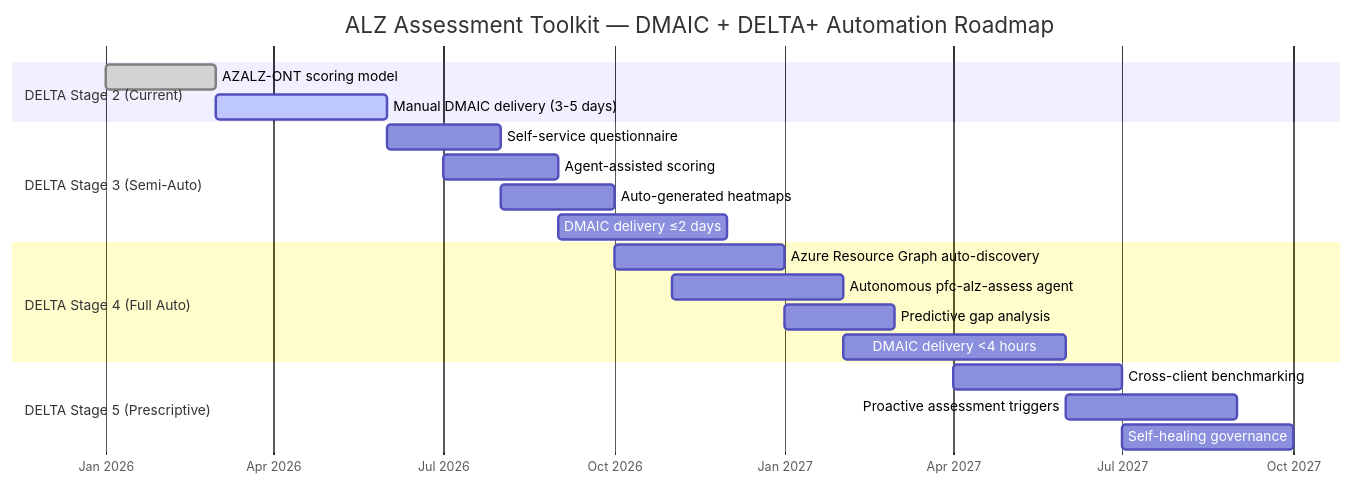
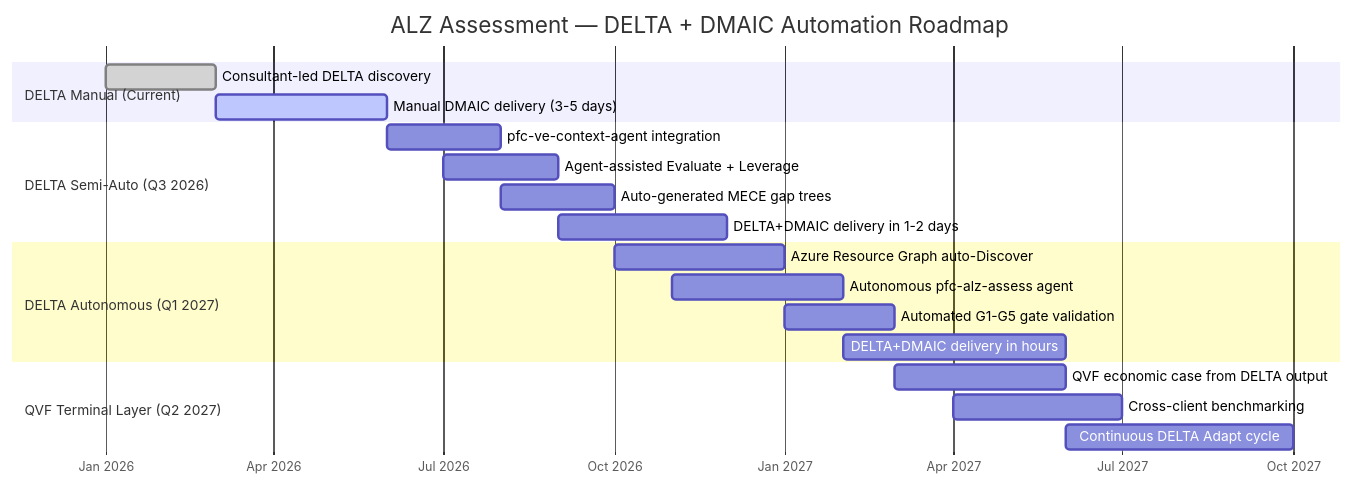
The fourth of 4 diagrams in PBS/DOCS/PFI-W4M-RCS-AZA-STRAT-BRIEF-Azure-Landing-Zone-Assessment-v1.0.0.md (ajrmooreuk/pfi-w4m-dev), drawn with Mermaid before and after one commit. The commit also changed other lines of this file, not shown here.

First line of the commit message:
Refactor §11 DELTA — replace Davenport analytics model with PE-ONT DELTA process

````diff
--- a/PBS/DOCS/PFI-W4M-RCS-AZA-STRAT-BRIEF-Azure-Landing-Zone-Assessment-v1.0.0.md
+++ b/PBS/DOCS/PFI-W4M-RCS-AZA-STRAT-BRIEF-Azure-Landing-Zone-Assessment-v1.0.0.md
@@ -576,27 +594,27 @@
 ```mermaid
 gantt
-    title ALZ Assessment Toolkit — DMAIC + DELTA+ Automation Roadmap
+    title ALZ Assessment — DELTA + DMAIC Automation Roadmap
     dateFormat YYYY-MM
     axisFormat %b %Y
 
-    section DELTA Stage 2 (Current)
-    AZALZ-ONT scoring model         :done, s2a, 2026-01, 2026-03
-    Manual DMAIC delivery (3-5 days) :active, s2b, 2026-03, 2026-06
+    section DELTA Manual (Current)
+    Consultant-led DELTA discovery     :done, d1, 2026-01, 2026-03
+    Manual DMAIC delivery (3-5 days)   :active, d2, 2026-03, 2026-06
 
-    section DELTA Stage 3 (Semi-Auto)
-    Self-service questionnaire       :s3a, 2026-06, 2026-08
-    Agent-assisted scoring           :s3b, 2026-07, 2026-09
-    Auto-generated heatmaps          :s3c, 2026-08, 2026-10
-    DMAIC delivery ≤2 days           :s3d, 2026-09, 2026-12
+    section DELTA Semi-Auto (Q3 2026)
+    pfc-ve-context-agent integration   :d3, 2026-06, 2026-08
+    Agent-assisted Evaluate + Leverage :d4, 2026-07, 2026-09
+    Auto-generated MECE gap trees      :d5, 2026-08, 2026-10
+    DELTA+DMAIC delivery in 1-2 days   :d6, 2026-09, 2026-12
 
-    section DELTA Stage 4 (Full Auto)
-    Azure Resource Graph auto-discovery :s4a, 2026-10, 2027-01
-    Autonomous pfc-alz-assess agent     :s4b, 2026-11, 2027-02
-    Predictive gap analysis             :s4c, 2027-01, 2027-03
-    DMAIC delivery <4 hours             :s4d, 2027-02, 2027-06
+    section DELTA Autonomous (Q1 2027)
+    Azure Resource Graph auto-Discover :d7, 2026-10, 2027-01
+    Autonomous pfc-alz-assess agent    :d8, 2026-11, 2027-02
+    Automated G1-G5 gate validation    :d9, 2027-01, 2027-03
+    DELTA+DMAIC delivery in hours      :d10, 2027-02, 2027-06
 
-    section DELTA Stage 5 (Prescriptive)
-    Cross-client benchmarking        :s5a, 2027-04, 2027-07
-    Proactive assessment triggers    :s5b, 2027-06, 2027-09
-    Self-healing governance          :s5c, 2027-07, 2027-10
+    section QVF Terminal Layer (Q2 2027)
+    QVF economic case from DELTA output :d11, 2027-03, 2027-06
+    Cross-client benchmarking           :d12, 2027-04, 2027-07
+    Continuous DELTA Adapt cycle         :d13, 2027-06, 2027-10
 ```
````
